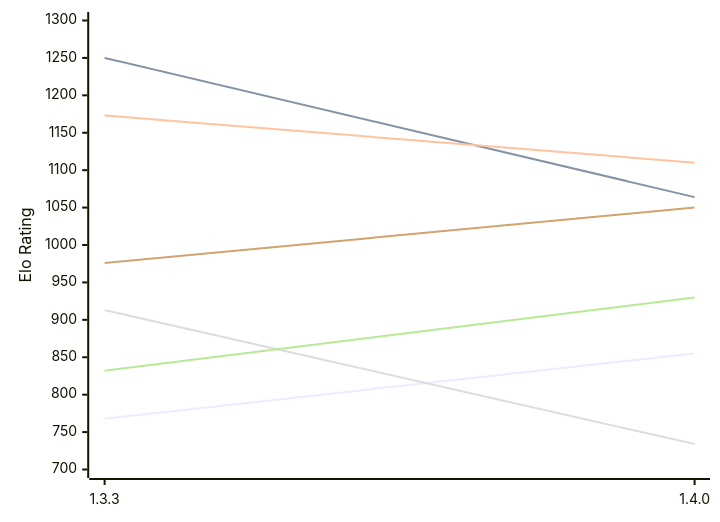
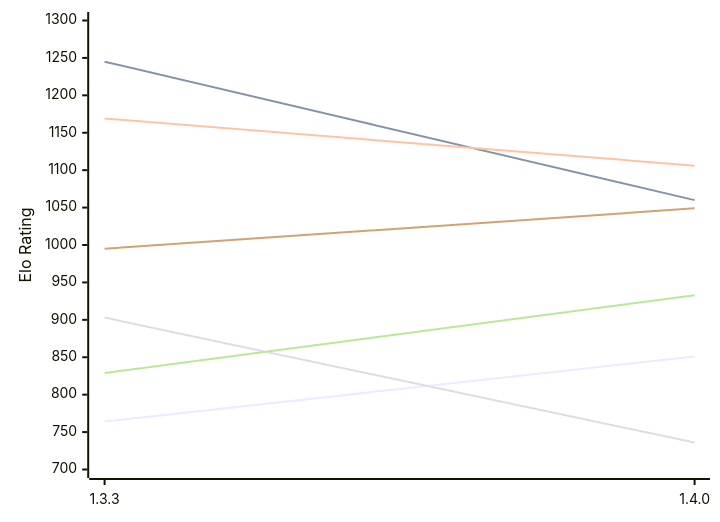
Before and after one commit to computer-chess-index/cci: the first of 2 diagrams in engines/Whitespine.md, drawn with Mermaid. The commit also changed other lines of this file, not shown here.

Commit message:
Update CCI Ratings (ELO VLTC) - 2026-11-21

````diff
--- a/engines/Whitespine.md
+++ b/engines/Whitespine.md
@@ -51,12 +51,12 @@
 ```mermaid
 %%{init: {"theme":"base","themeVariables":{"seriesColors:['#a3a3a3','#222221','#faa371']}}}%%
 xychart-beta
   x-axis ["1.3.3", "1.4.0"]
   y-axis "Elo Rating" 700 --> 1300
-  line "E1: STC (8.0+0.08s)" [768, 855]
-  line "E1: LTC (60.0+0.60s)" [1250, 1064]
-  line "E1: VLTC (2m24s+1.12s)" [1173, 1110]
-  line "P1: STC (8.0+0.08s)" [913, 734]
-  line "P1: LTC (60.0+0.60s)" [832, 930]
-  line "P1: VLTC (2m24s+1.12s)" [976, 1050]
+  line "E1: STC (8.0+0.08s)" [764, 851]
+  line "E1: LTC (60.0+0.60s)" [1245, 1060]
+  line "E1: VLTC (2m24s+1.12s)" [1169, 1106]
+  line "P1: STC (8.0+0.08s)" [903, 736]
+  line "P1: LTC (60.0+0.60s)" [829, 933]
+  line "P1: VLTC (2m24s+1.12s)" [995, 1049]
 ```
````
